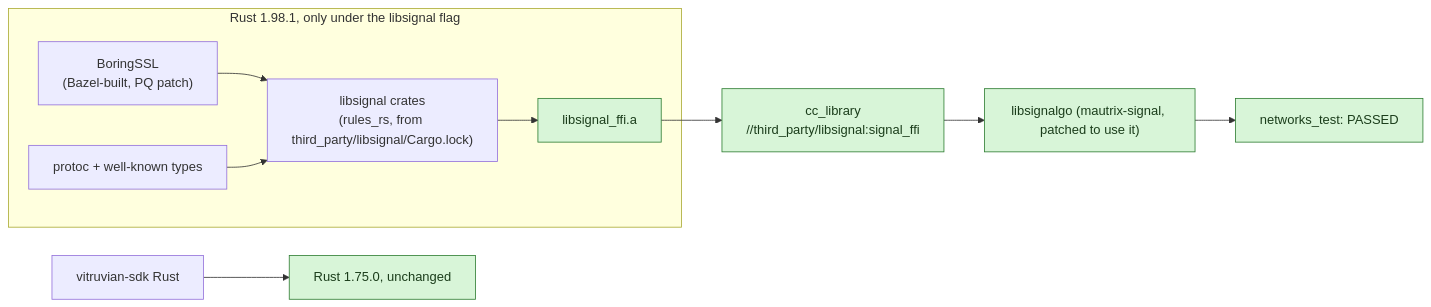
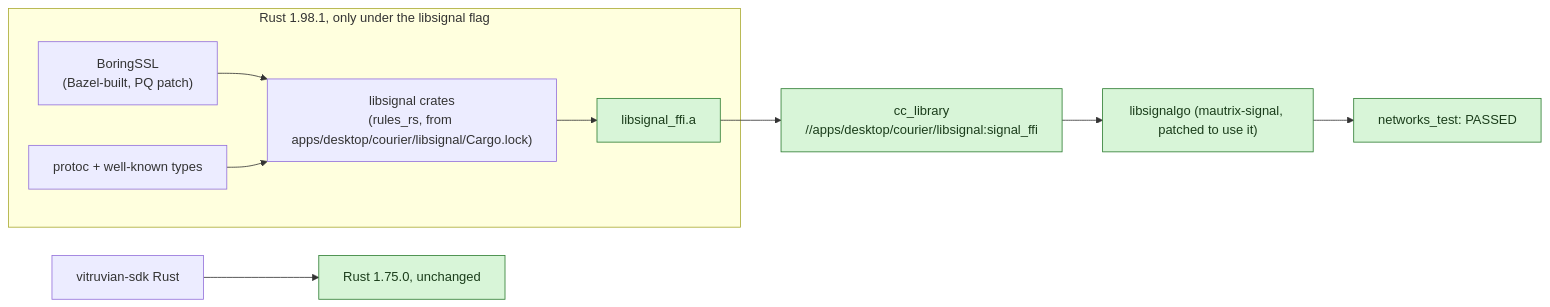
The diagram in apps/desktop/courier/engine/docs/m2-libsignal.md (VitruvianSoftware/vitruvian-core), drawn with Mermaid before and after one commit. The commit also changed other lines of this file and 14 other files, not shown here.

First line of the commit message:
build(courier): keep Signal's library under the Courier app, not a top-level third_party

````diff
--- a/apps/desktop/courier/engine/docs/m2-libsignal.md
+++ b/apps/desktop/courier/engine/docs/m2-libsignal.md
@@ -28,19 +28,19 @@
 ```mermaid
 flowchart LR
     subgraph rust ["Rust 1.98.1, only under the libsignal flag"]
-        crates["libsignal crates<br/>(rules_rs, from third_party/libsignal/Cargo.lock)"]
+        crates["libsignal crates<br/>(rules_rs, from apps/desktop/courier/libsignal/Cargo.lock)"]
         bssl["BoringSSL<br/>(Bazel-built, PQ patch)"]
         protoc["protoc + well-known types"]
         lib["libsignal_ffi.a"]
         bssl --> crates
         protoc --> crates
         crates --> lib
     end
-    lib --> cc["cc_library<br/>//third_party/libsignal:signal_ffi"]
+    lib --> cc["cc_library<br/>//apps/desktop/courier/libsignal:signal_ffi"]
     cc --> go["libsignalgo (mautrix-signal, patched to use it)"]
     go --> test["networks_test: PASSED"]
     sdk["vitruvian-sdk Rust"] --> r175["Rust 1.75.0, unchanged"]
 
     classDef ok fill:#d8f5d8,stroke:#2e7d32,color:#1b3d1b
     class lib,cc,go,test,r175 ok
 ```
````
